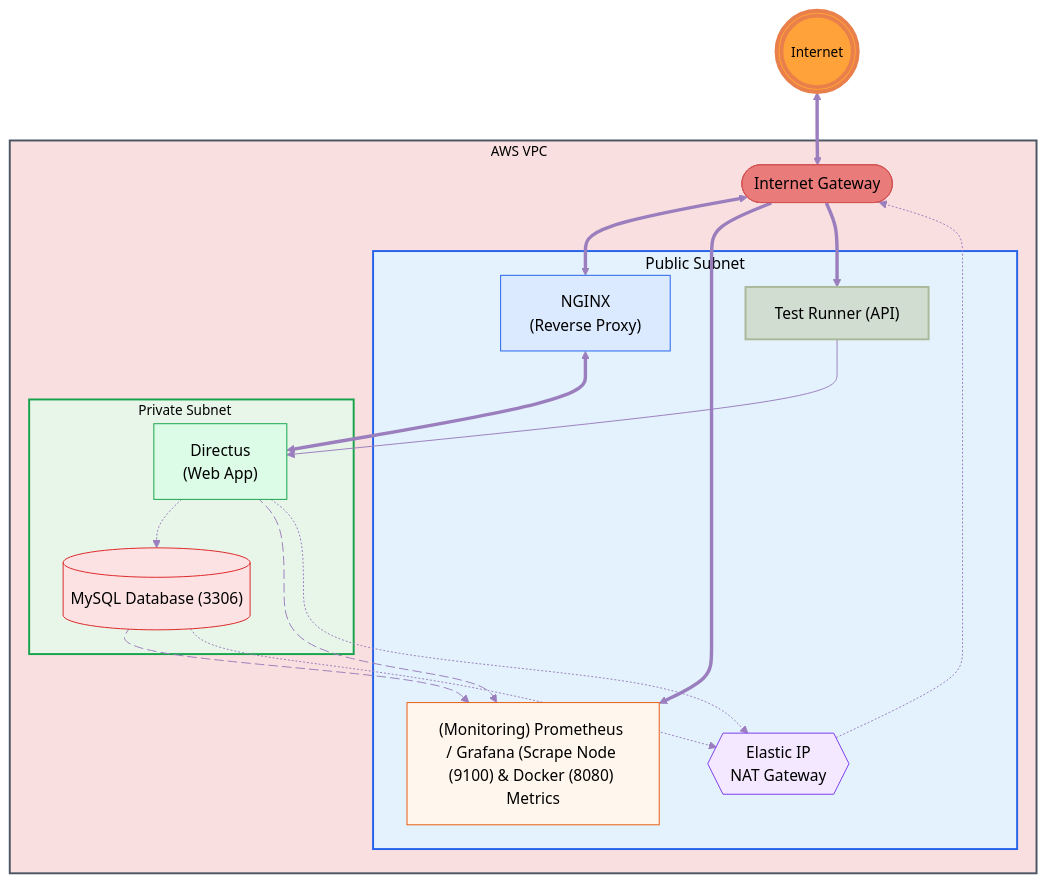
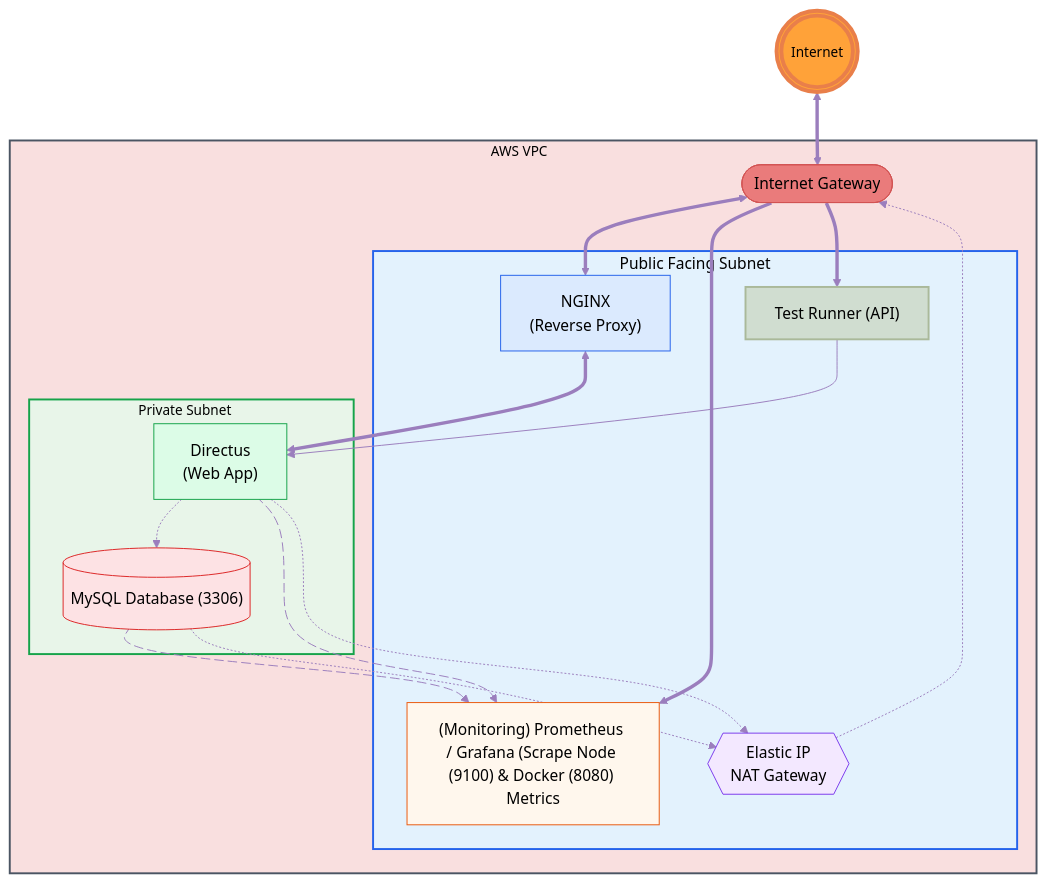
The diagram in README.md (Jazzar101/learning-terraform-3087701), drawn with Mermaid before and after one commit.

````diff
--- a/README.md
+++ b/README.md
@@ -6,63 +6,63 @@
 ```mermaid
 flowchart TB
     Internet(((Internet)))
     subgraph VPC[AWS VPC]
         IGW([Internet Gateway])
-        subgraph PublicSubnet[Public Subnet]
+        subgraph PublicSubnet[Public Facing Subnet]
             NAT{{"Elastic IP\nNAT Gateway"}}
             NGINX["NGINX\n(Reverse Proxy)"]
             Monitoring["(Monitoring) Prometheus / Grafana (Scrape Node (9100) & Docker (8080) Metrics"]
             Testing["Test Runner (API)"]
         end
 
         subgraph PrivateSubnet[Private Subnet]
             App["Directus\n(Web App)"]
             DB[("MySQL Database (3306)")]
         end
     end
 
     Internet <==> IGW
     IGW <==> NGINX
     NGINX <==> App
     App -.-> DB
     IGW ==> Monitoring
     IGW ==> Testing
 
     App metricsApp@--> Monitoring
     DB metricsDB@--> Monitoring
     Testing --> App
     
     App -.-> NAT
     DB -.-> NAT
     NAT -.-> IGW
     
     metricsApp@{ animation: slow }    
     metricsDB@{ animation: slow }
 
     %% Node-only styling (GitHub safe)
     classDef ingress fill:#dbeafe,stroke:#2563eb,color:#000000
     classDef monitoring fill:#fff7ed,stroke:#ea580c,color:#000000
     classDef nat fill:#f3e8ff,stroke:#7c3aed,color:#000000
     classDef app fill:#dcfce7,stroke:#16a34a,color:#000000
     classDef db fill:#fde2e4,stroke:#dc2626,color:#000000
     classDef igw fill:#EA7B7B,stroke:#D25353,color:#000000
     classDef PublicSubnet fill:#e3f2fd,stroke:#2563eb
     classDef PrivateSubnet fill:#e8f5e9,stroke:#16a34a    
     classDef VPC fill:#F9DFDF,stroke:#4b5563,stroke-width:2px,color:#000000
     classDef testing fill:#D0DDD0,stroke:#AAB99A, stroke-width:2px,color:#000000
 
     style VPC fill:#F9DFDF,stroke:#4b5563,stroke-width:2px,color:#000000,font-size:14px
     style PublicSubnet fill:#e3f2fd,stroke:#2563eb,stroke-width:2px,color:#000000,font-size:14x
     style PrivateSubnet fill:#e8f5e9,stroke:#16a34a,stroke-width:2px,color:#000000,font-size:14px
     style Internet fill:#FFA239,stroke:#E97F4A,stroke-width:4px,color:#000000,font-size:14px
 
     linkStyle default stroke:#9B7EBD
 
     class NGINX ingress
     class Monitoring monitoring
     class NAT nat
     class App app
     class DB db
     class IGW igw
     class Testing testing
 ```
````
